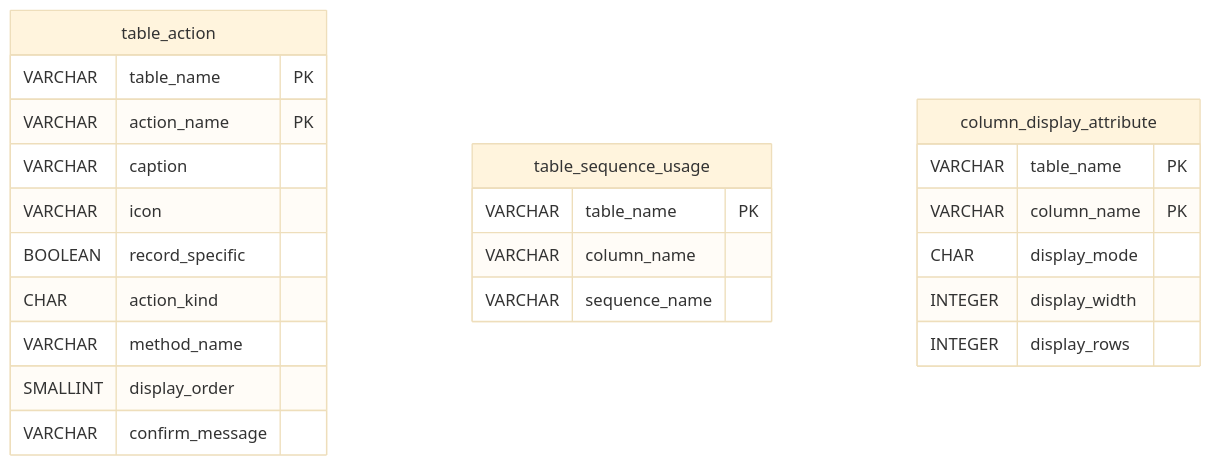
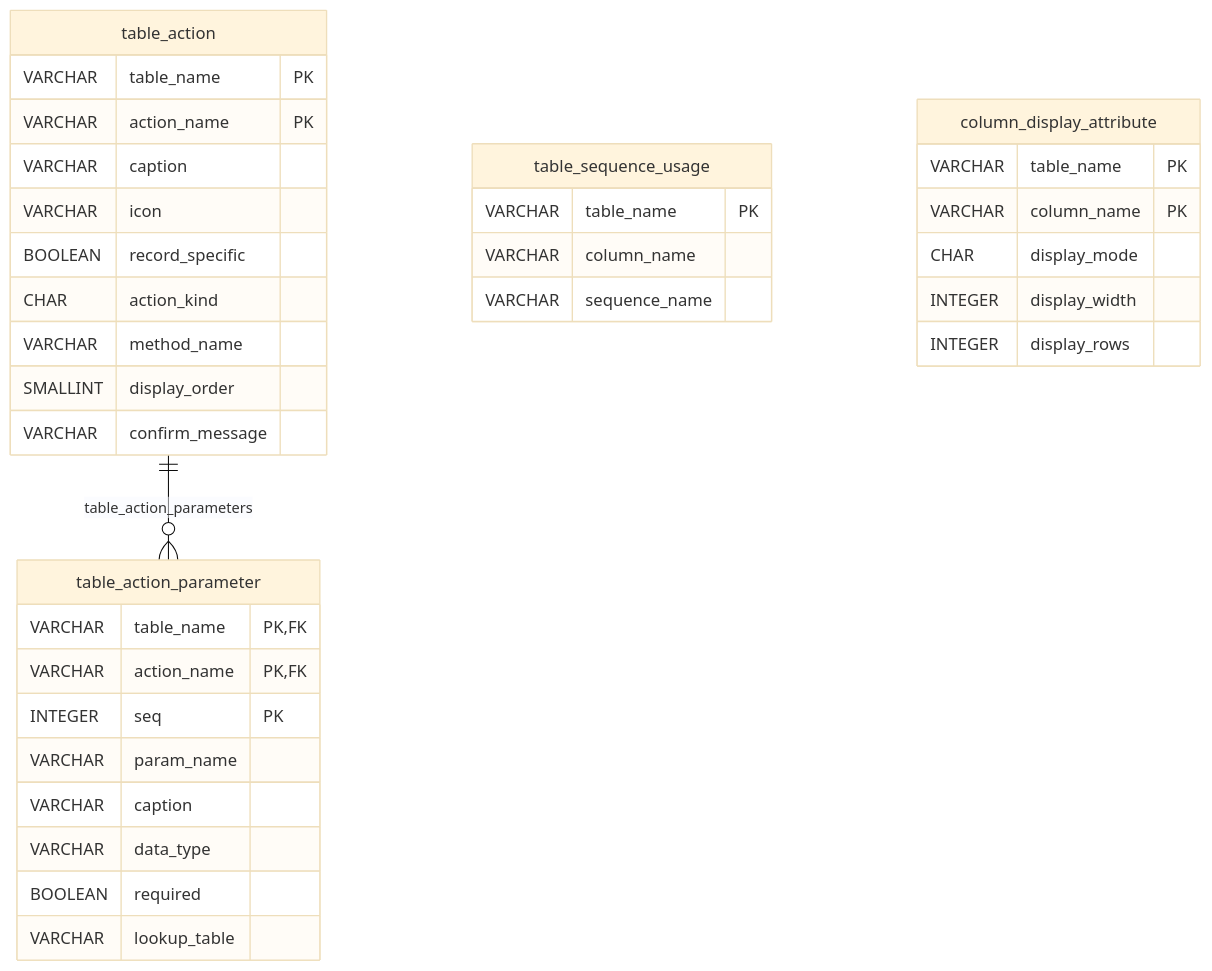
One commit to nauticana/keel changed the third of 20 diagrams in DB.md. Above: the diagram before and after it, drawn with Mermaid (base theme). The commit also changed other lines of this file and 20 other files, not shown here.

Commit message:
The Meta Graph API version is configurable; a resource can be retired behind a URL redirect; decimal - minor-unit conversion; table actions take parameters

````diff
--- a/DB.md
+++ b/DB.md
@@ -275,26 +277,38 @@
 ```mermaid
 erDiagram
+    table_action ||--o{ table_action_parameter : "table_action_parameters"
+
     table_action {
         VARCHAR table_name PK
         VARCHAR action_name PK
         VARCHAR caption
         VARCHAR icon
         BOOLEAN record_specific
         CHAR action_kind
         VARCHAR method_name
         SMALLINT display_order
         VARCHAR confirm_message
+    }
+    table_action_parameter {
+        VARCHAR table_name PK,FK
+        VARCHAR action_name PK,FK
+        INTEGER seq PK
+        VARCHAR param_name
+        VARCHAR caption
+        VARCHAR data_type
+        BOOLEAN required
+        VARCHAR lookup_table
     }
     table_sequence_usage {
         VARCHAR table_name PK
         VARCHAR column_name
         VARCHAR sequence_name
     }
     column_display_attribute {
         VARCHAR table_name PK
         VARCHAR column_name PK
         CHAR display_mode
         INTEGER display_width
         INTEGER display_rows
     }
 ```
````
